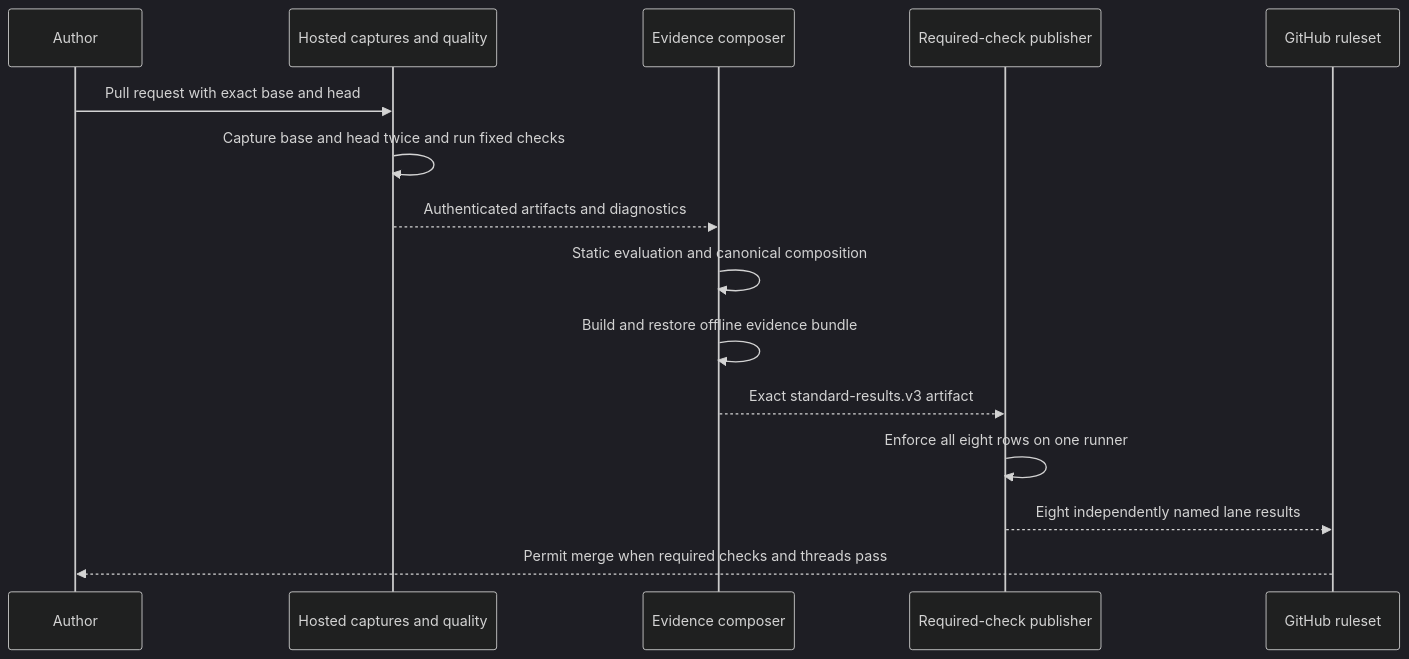
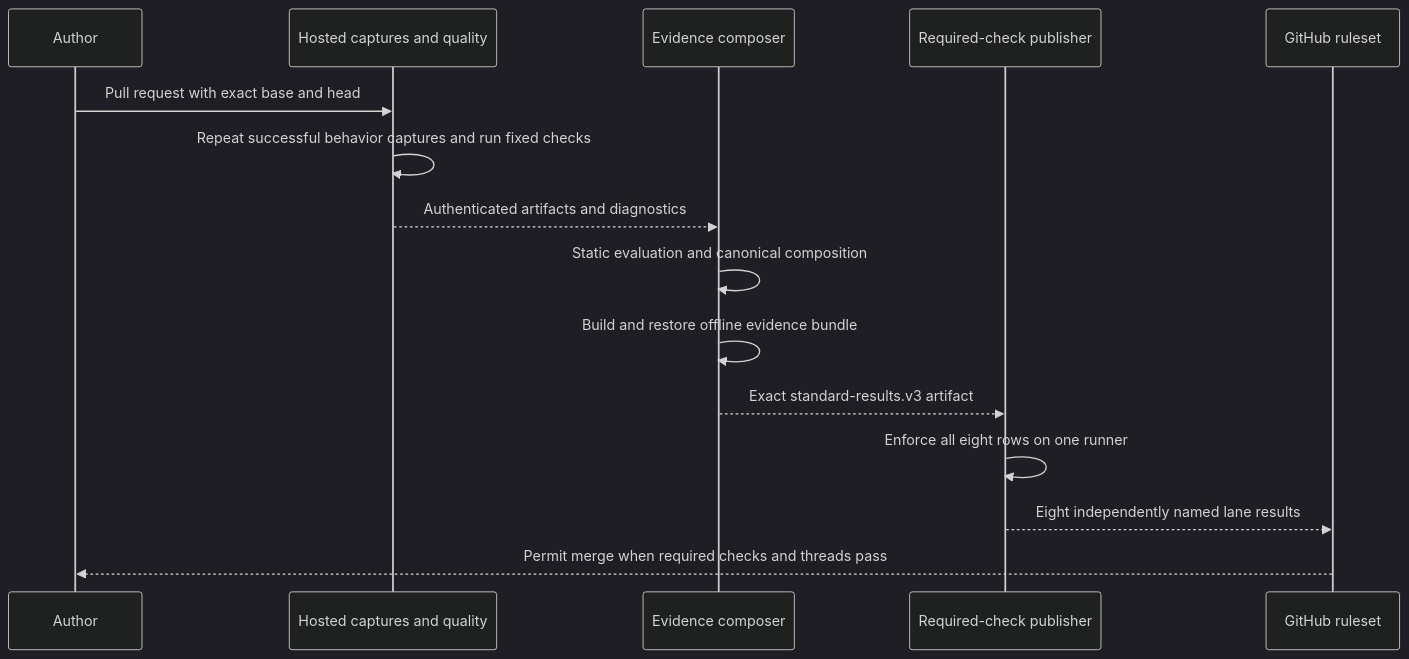
The diagram in docs/product/Pull-Request-Lifecycle.md (mbh-solutions/supportability-gate), drawn with Mermaid (dark theme) before and after one commit. The commit also changed other lines of this file and 15 other files, not shown here.

````diff
--- a/docs/product/Pull-Request-Lifecycle.md
+++ b/docs/product/Pull-Request-Lifecycle.md
@@ -3,17 +3,17 @@
 ```mermaid
 sequenceDiagram
     participant A as Author
     participant H as Hosted captures and quality
     participant E as Evidence composer
     participant G as Required-check publisher
     participant R as GitHub ruleset
     A->>H: Pull request with exact base and head
-    H->>H: Capture base and head twice and run fixed checks
+    H->>H: Repeat successful behavior captures and run fixed checks
     H-->>E: Authenticated artifacts and diagnostics
     E->>E: Static evaluation and canonical composition
     E->>E: Build and restore offline evidence bundle
     E-->>G: Exact standard-results.v3 artifact
     G->>G: Enforce all eight rows on one runner
     G-->>R: Eight independently named lane results
     R-->>A: Permit merge when required checks and threads pass
 ```
````
